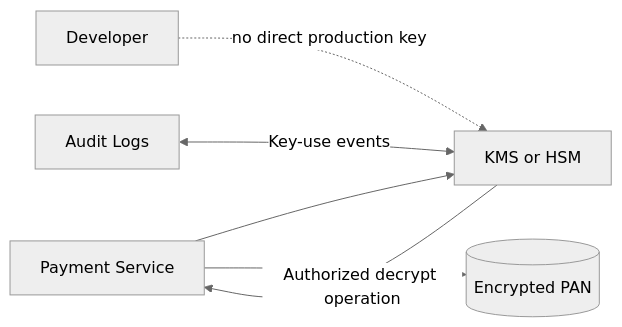
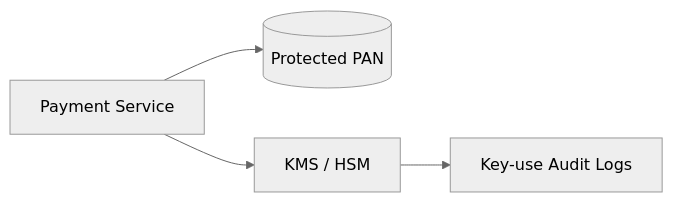
One commit to AvadhBhalodiya/Interview-Preparation changed the fourth of 6 diagrams in src/content/payments/pci-dss-basics.md. Above: the diagram before and after it, drawn with Mermaid (neutral theme). The commit also changed other lines of this file and 54 other files, not shown here.

````diff
--- a/src/content/payments/pci-dss-basics.md
+++ b/src/content/payments/pci-dss-basics.md
@@ -427,9 +306,6 @@
 ```mermaid
 flowchart LR
-    APP[Payment Service] --> KMS[KMS or HSM]
-    APP --> DB[(Encrypted PAN)]
-    KMS -->|Authorized decrypt operation| APP
-
-    DEV[Developer] -. no direct production key .-> KMS
-    LOG[Audit Logs] <-->|Key-use events| KMS
+    APP[Payment Service] --> DB[(Protected PAN)]
+    APP --> KMS[KMS / HSM]
+    KMS --> AUDIT[Key-use Audit Logs]
 ```
````
